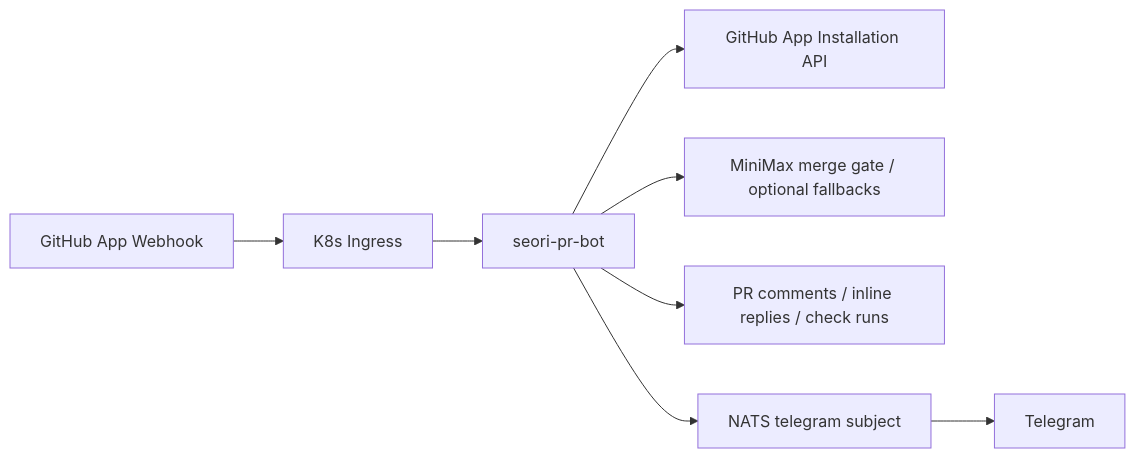
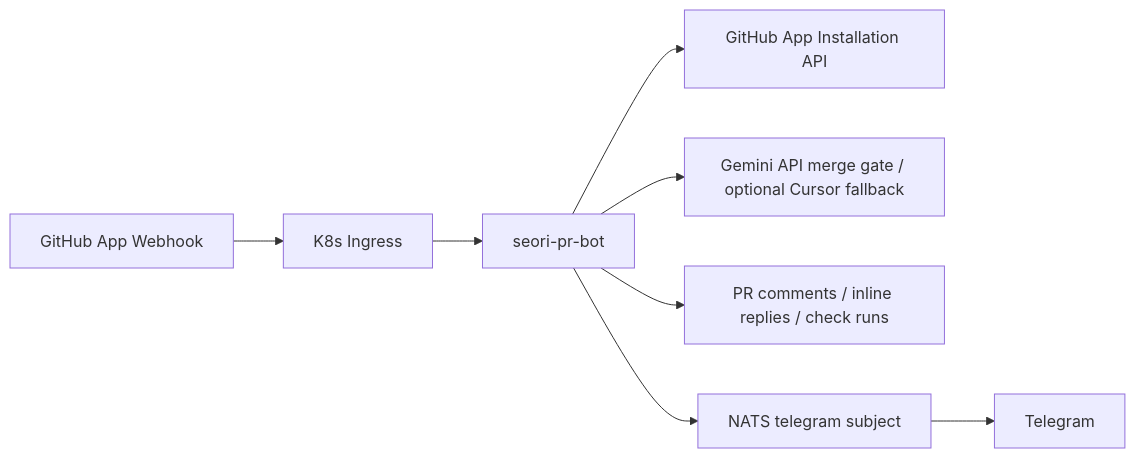
The first of 4 diagrams in README.md (seorilabs/gemini-pr-bot), drawn with Mermaid before and after one commit. The commit also changed other lines of this file and 11 other files, not shown here.

````diff
--- a/README.md
+++ b/README.md
@@ -5,10 +5,10 @@
 ```mermaid
 flowchart LR
   GitHub["GitHub App Webhook"] --> Ingress["K8s Ingress"]
   Ingress --> Bot["seori-pr-bot"]
   Bot --> GitHubAPI["GitHub App Installation API"]
-  Bot --> Providers["MiniMax merge gate / optional fallbacks"]
+  Bot --> Providers["Gemini API merge gate / optional Cursor fallback"]
   Bot --> Comment["PR comments / inline replies / check runs"]
   Bot --> NATS["NATS telegram subject"]
   NATS --> Telegram["Telegram"]
 ```
````
